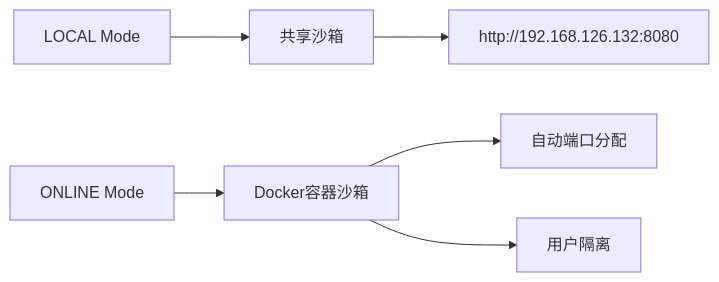
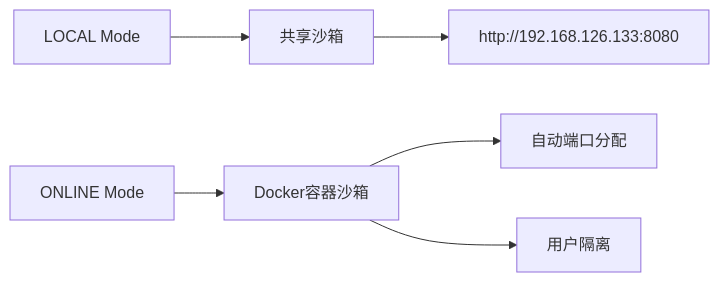
One commit to zhangdahai112/LocalManus changed the fifth of 12 diagrams in .qoder/repowiki/zh/content/后端服务系统/配置管理系统.md. Above: the diagram before and after it, drawn with Mermaid. The commit also changed other lines of this file and 19 other files, not shown here.

````diff
--- a/.qoder/repowiki/zh/content/后端服务系统/配置管理系统.md
+++ b/.qoder/repowiki/zh/content/后端服务系统/配置管理系统.md
@@ -237,8 +237,8 @@
 ```mermaid
 graph LR
 MODE1[LOCAL Mode] --> SHAREDSBX[共享沙箱]
 MODE2[ONLINE Mode] --> DOCKERSBX[Docker容器沙箱]
-SHAREDSBX --> URL1[http://192.168.126.132:8080]
+SHAREDSBX --> URL1[http://192.168.126.133:8080]
 DOCKERSBX --> AUTOPORT[自动端口分配]
 DOCKERSBX --> ISOLATION[用户隔离]
 ```
````
